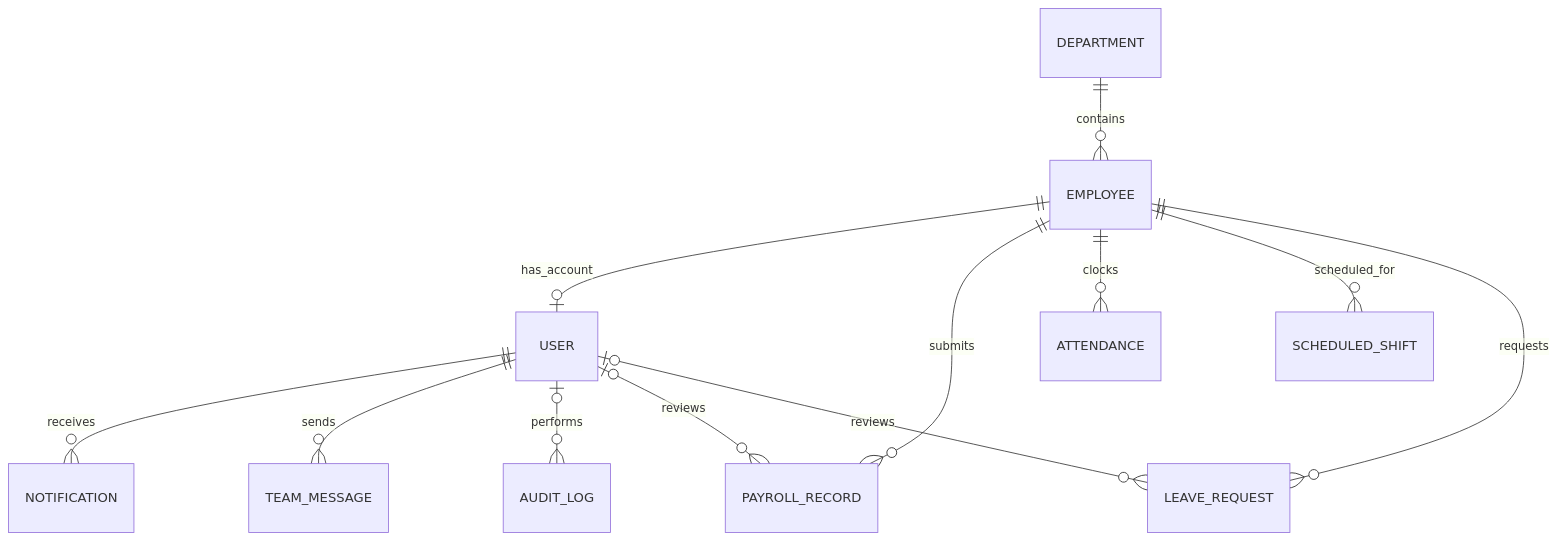
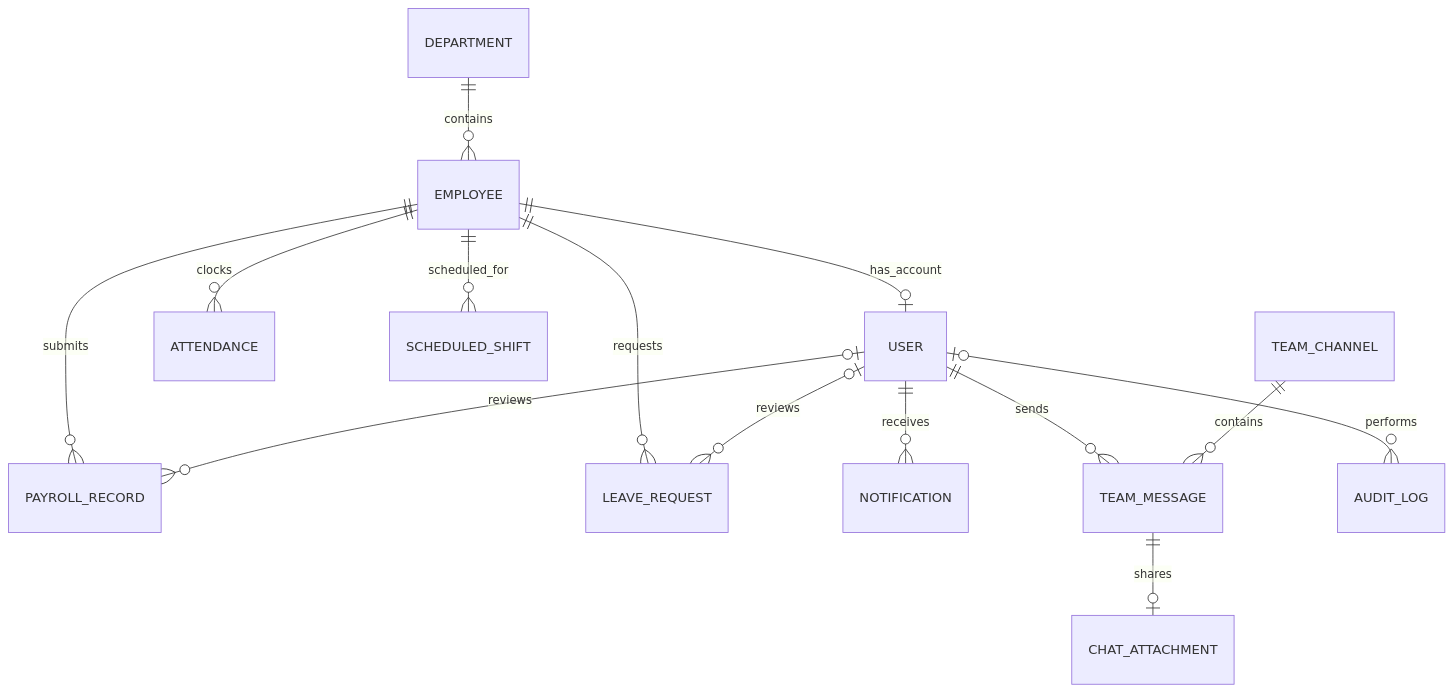
Before and after one commit to AnoHondz/Shift-Force: the second of 2 diagrams in README.md, drawn with Mermaid. The commit also changed other lines of this file and 44 other files, not shown here.

````diff
--- a/README.md
+++ b/README.md
@@ -53,14 +55,16 @@
 ```mermaid
 erDiagram
     DEPARTMENT ||--o{ EMPLOYEE : contains
     EMPLOYEE ||--o| USER : has_account
     EMPLOYEE ||--o{ PAYROLL_RECORD : submits
     EMPLOYEE ||--o{ ATTENDANCE : clocks
     EMPLOYEE ||--o{ SCHEDULED_SHIFT : scheduled_for
     EMPLOYEE ||--o{ LEAVE_REQUEST : requests
     USER ||--o{ NOTIFICATION : receives
     USER ||--o{ TEAM_MESSAGE : sends
+    TEAM_CHANNEL ||--o{ TEAM_MESSAGE : contains
+    TEAM_MESSAGE ||--o| CHAT_ATTACHMENT : shares
     USER o|--o{ AUDIT_LOG : performs
     USER o|--o{ PAYROLL_RECORD : reviews
     USER o|--o{ LEAVE_REQUEST : reviews
 ```
````
